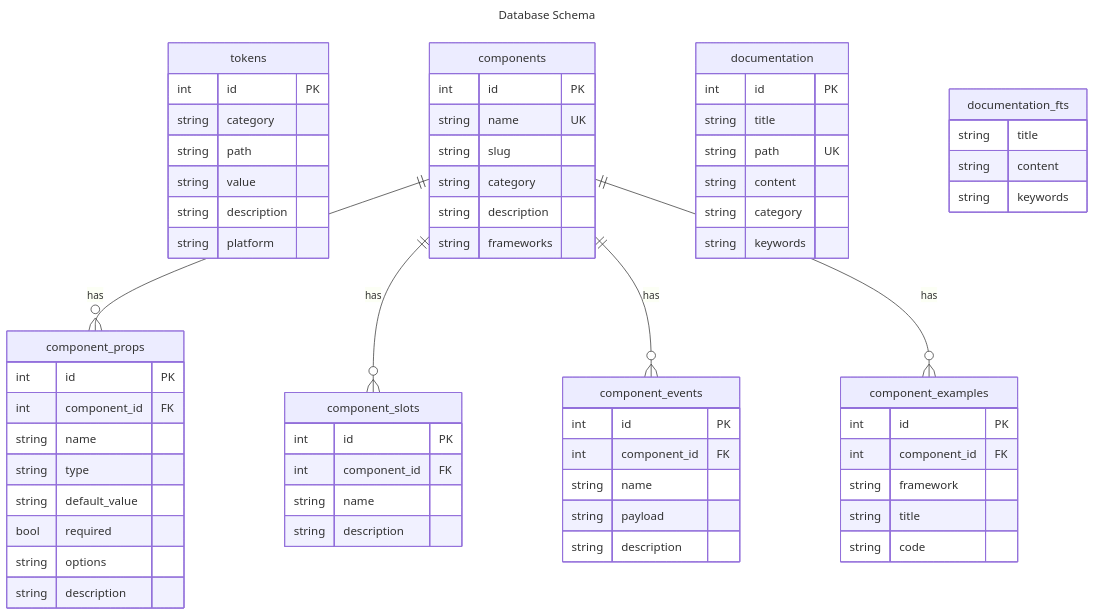
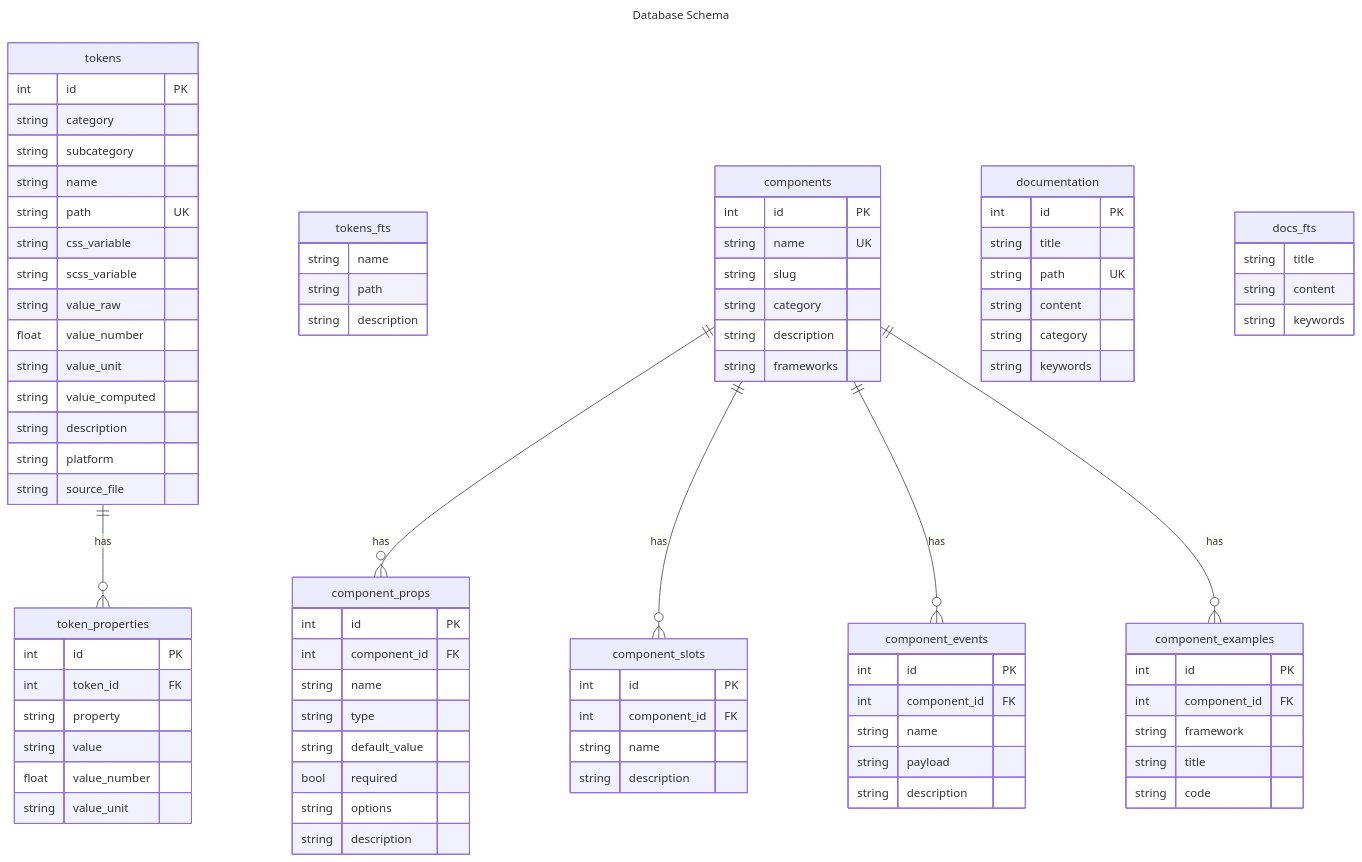
Before and after one commit to MerzoukeMansouri/adeo-mozaic-mcp: the diagram in docs/assets/schema.mmd, drawn with Mermaid. The commit also changed 27 other files, not shown here.

```diff
--- a/docs/assets/schema.mmd
+++ b/docs/assets/schema.mmd
@@ -1,75 +1,99 @@
 ---
 title: Database Schema
 ---
 erDiagram
     tokens {
         int id PK
         string category
-        string path
-        string value
+        string subcategory
+        string name
+        string path UK
+        string css_variable
+        string scss_variable
+        string value_raw
+        float value_number
+        string value_unit
+        string value_computed
         string description
         string platform
+        string source_file
+    }
+
+    token_properties {
+        int id PK
+        int token_id FK
+        string property
+        string value
+        float value_number
+        string value_unit
+    }
+
+    tokens_fts {
+        string name
+        string path
+        string description
     }
 
     components {
         int id PK
         string name UK
         string slug
         string category
         string description
         string frameworks
     }
 
     component_props {
         int id PK
         int component_id FK
         string name
         string type
         string default_value
         bool required
         string options
         string description
     }
 
     component_slots {
         int id PK
         int component_id FK
         string name
         string description
     }
 
     component_events {
         int id PK
         int component_id FK
         string name
         string payload
         string description
     }
 
     component_examples {
         int id PK
         int component_id FK
         string framework
         string title
         string code
     }
 
     documentation {
         int id PK
         string title
         string path UK
         string content
         string category
         string keywords
     }
 
-    documentation_fts {
+    docs_fts {
         string title
         string content
         string keywords
     }
 
+    tokens ||--o{ token_properties : has
     components ||--o{ component_props : has
     components ||--o{ component_slots : has
     components ||--o{ component_events : has
     components ||--o{ component_examples : has
```
